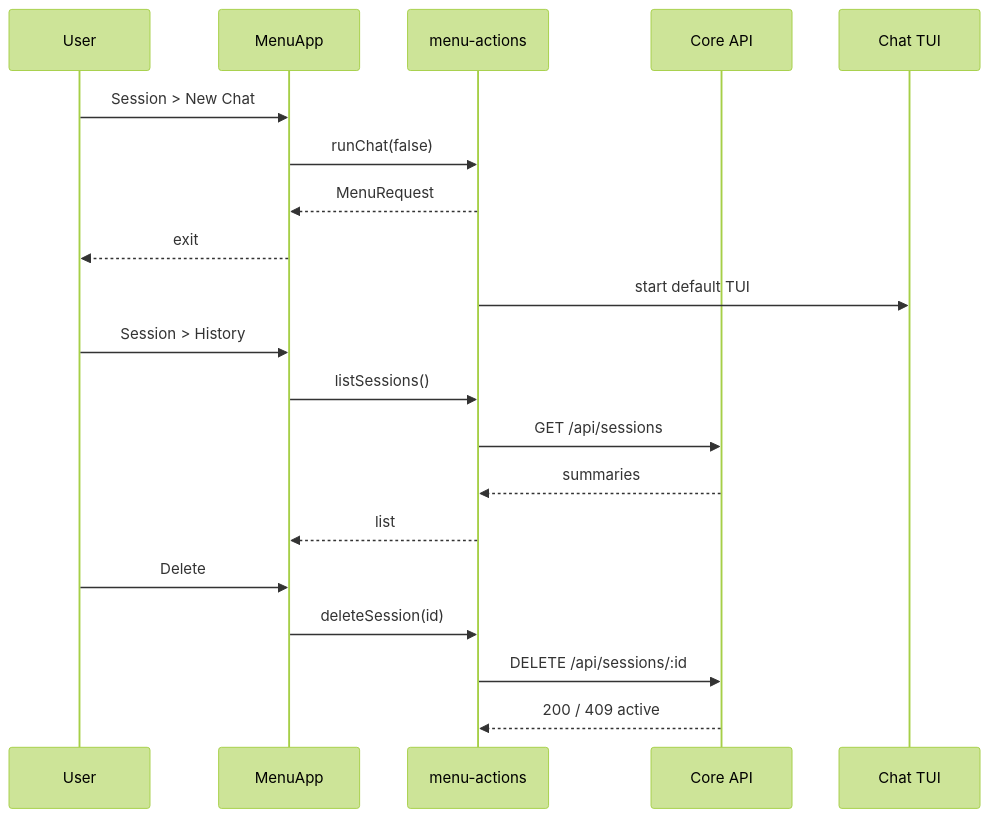
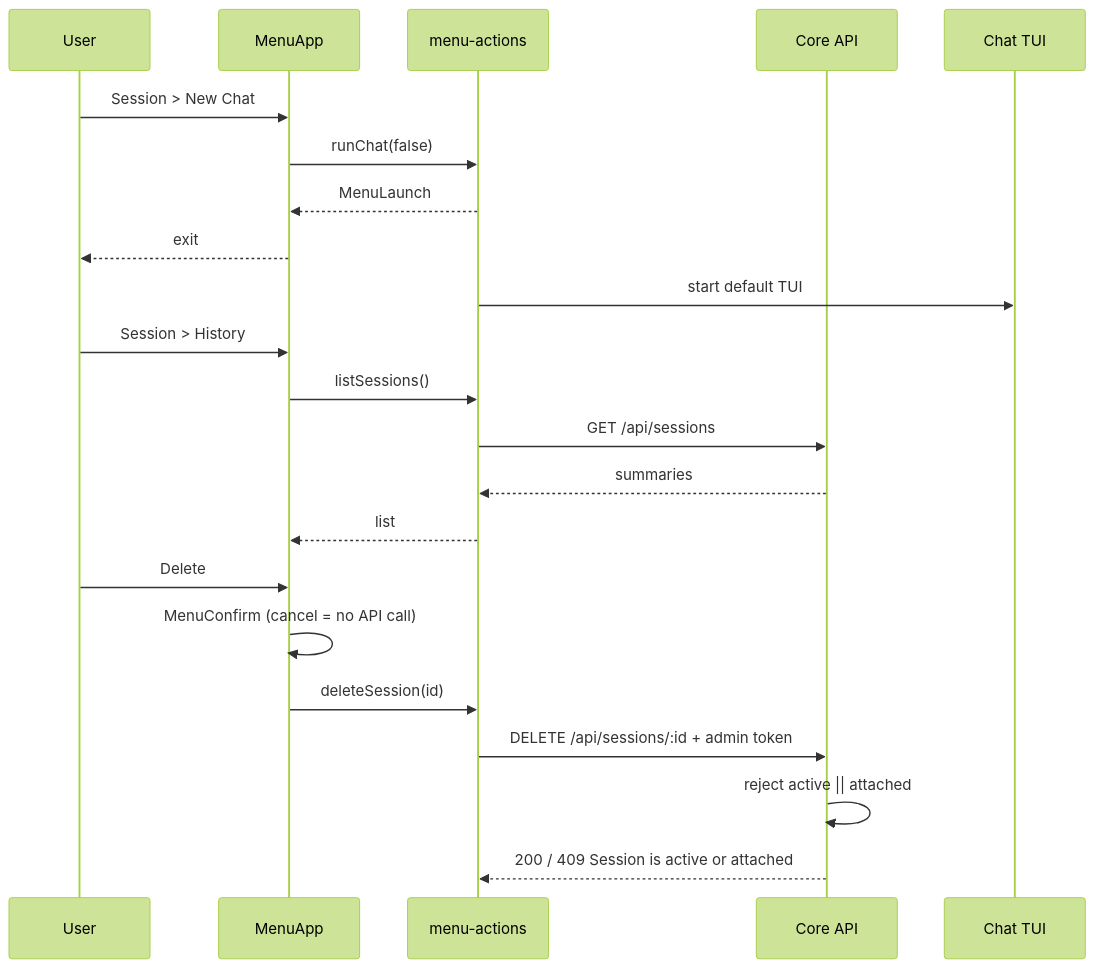
One commit to aokihu/atom_neo changed the eighth of 13 diagrams in docs/subsystems/atom_neo_2026-11-19_menu_config_integration_graph.md. Above: the diagram before and after it, drawn with Mermaid (forest theme). The commit also changed other lines of this file and 36 other files, not shown here.

````diff
--- a/docs/subsystems/atom_neo_2026-11-19_menu_config_integration_graph.md
+++ b/docs/subsystems/atom_neo_2026-11-19_menu_config_integration_graph.md
@@ -239,24 +248,26 @@
 ```mermaid
 sequenceDiagram
     participant User
     participant Menu as MenuApp
     participant Actions as menu-actions
     participant Core as Core API
     participant Chat as Chat TUI
 
     User->>Menu: Session > New Chat
     Menu->>Actions: runChat(false)
-    Actions-->>Menu: MenuRequest
+    Actions-->>Menu: MenuLaunch
     Menu-->>User: exit
     Actions->>Chat: start default TUI
 
     User->>Menu: Session > History
     Menu->>Actions: listSessions()
     Actions->>Core: GET /api/sessions
     Core-->>Actions: summaries
     Actions-->>Menu: list
     User->>Menu: Delete
+    Menu->>Menu: MenuConfirm (cancel = no API call)
     Menu->>Actions: deleteSession(id)
-    Actions->>Core: DELETE /api/sessions/:id
-    Core-->>Actions: 200 / 409 active
+    Actions->>Core: DELETE /api/sessions/:id + admin token
+    Core->>Core: reject active || attached
+    Core-->>Actions: 200 / 409 Session is active or attached
 ```
````
